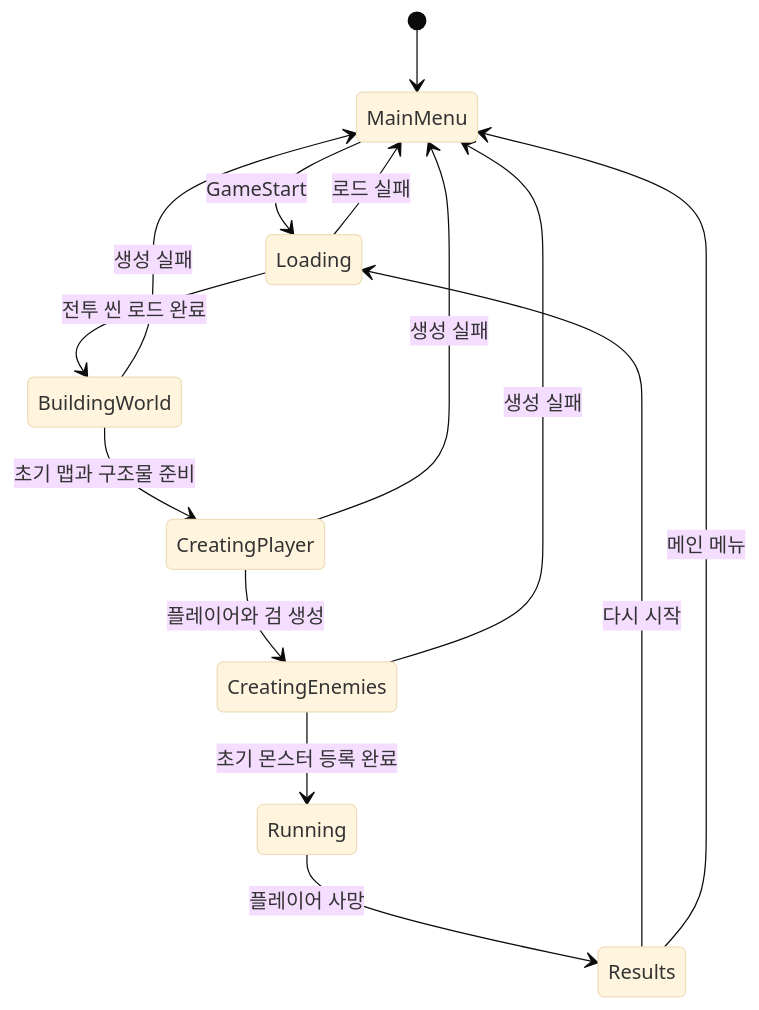
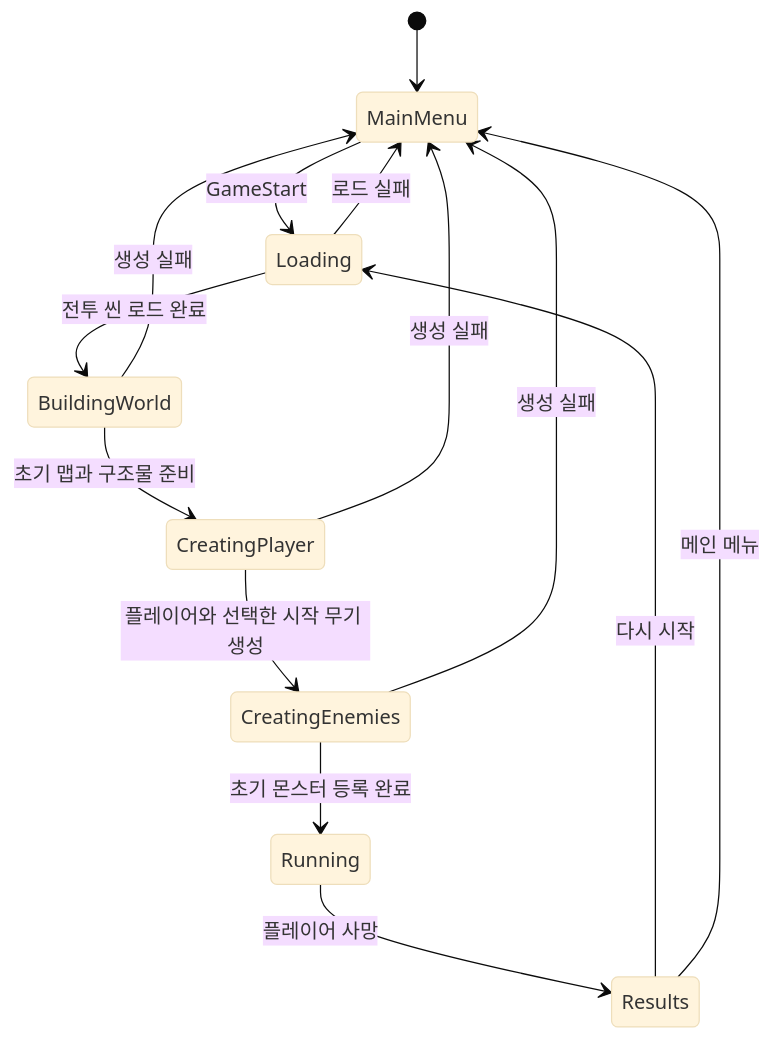
One commit to yjhpine/SsalMuk changed the second of 2 diagrams in docs/superpowers/specs/2026-09-16-ssalmuk-architecture-design.md. Above: the diagram before and after it, drawn with Mermaid (base theme). The commit also changed other lines of this file and 42 other files, not shown here.

````diff
--- a/docs/superpowers/specs/2026-09-16-ssalmuk-architecture-design.md
+++ b/docs/superpowers/specs/2026-09-16-ssalmuk-architecture-design.md
@@ -70,16 +70,16 @@
 ```mermaid
 stateDiagram-v2
     [*] --> MainMenu
     MainMenu --> Loading: GameStart
     Loading --> BuildingWorld: 전투 씬 로드 완료
     BuildingWorld --> CreatingPlayer: 초기 맵과 구조물 준비
-    CreatingPlayer --> CreatingEnemies: 플레이어와 검 생성
+    CreatingPlayer --> CreatingEnemies: 플레이어와 선택한 시작 무기 생성
     CreatingEnemies --> Running: 초기 몬스터 등록 완료
     Running --> Results: 플레이어 사망
     Results --> Loading: 다시 시작
     Results --> MainMenu: 메인 메뉴
     Loading --> MainMenu: 로드 실패
     BuildingWorld --> MainMenu: 생성 실패
     CreatingPlayer --> MainMenu: 생성 실패
     CreatingEnemies --> MainMenu: 생성 실패
 ```
````
